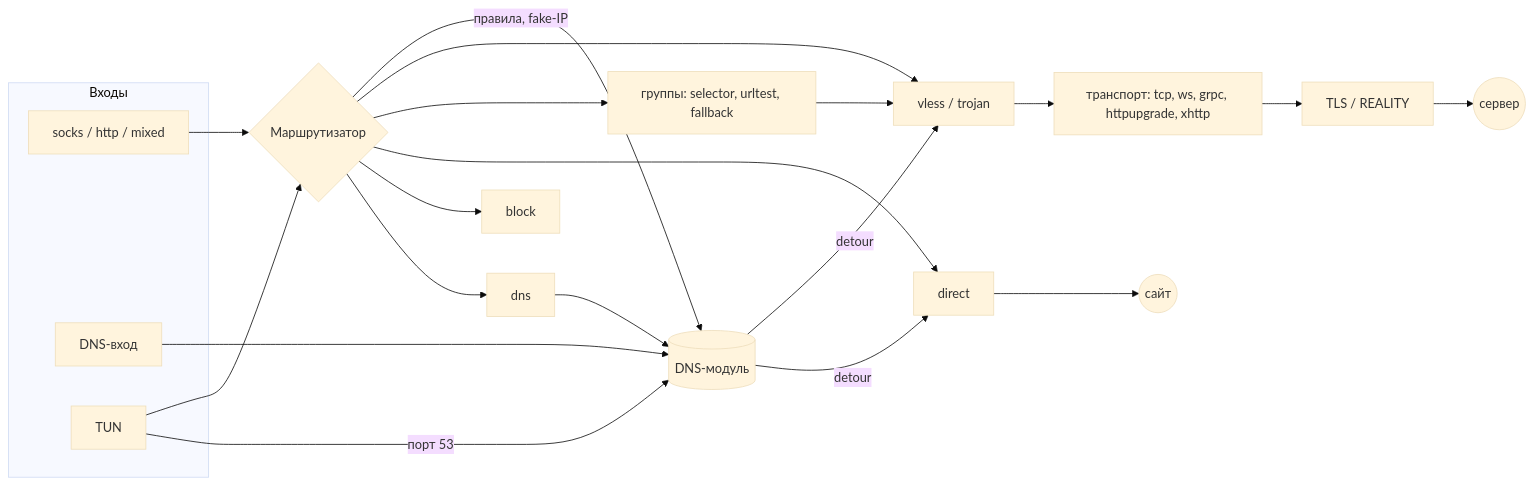
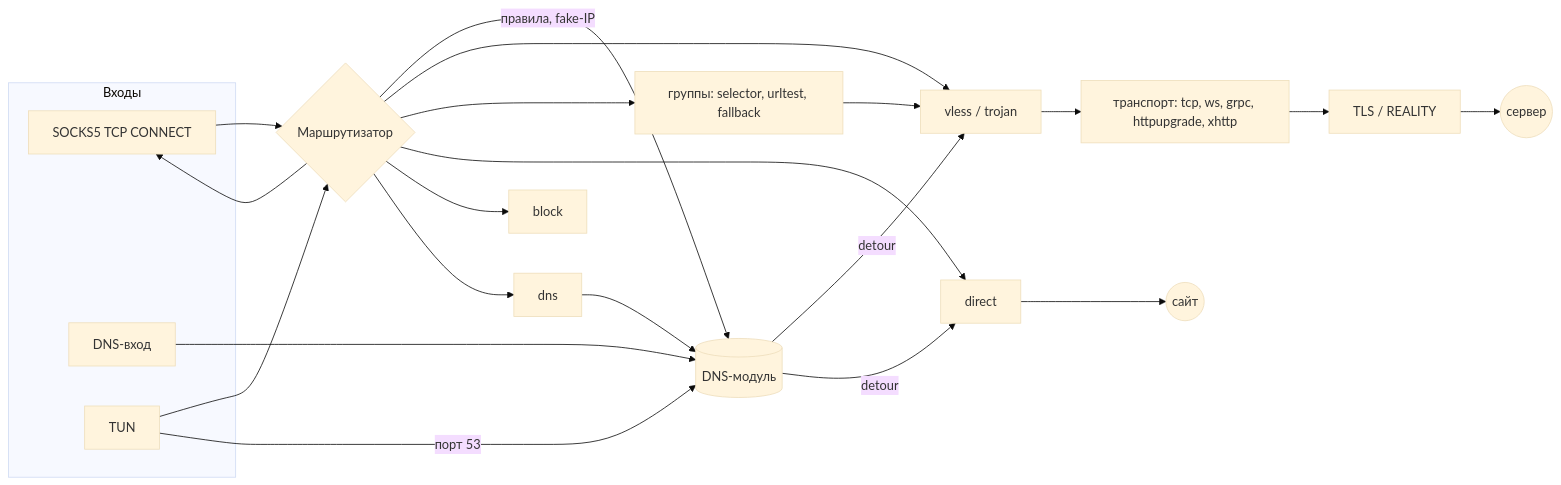
Before and after one commit to ERGFT/vpn-core: the diagram in docs/ARCHITECTURE.md, drawn with Mermaid (base theme). The commit also changed other lines of this file and 14 other files, not shown here.

First line of the commit message:
feat: добавить SOCKS5 TCP outbound (#51)

````diff
--- a/docs/ARCHITECTURE.md
+++ b/docs/ARCHITECTURE.md
@@ -110,26 +110,27 @@
 ```mermaid
 flowchart LR
   subgraph Входы
     S[socks / http / mixed]
     D[DNS-вход]
     T[TUN]
   end
   S --> R{Маршрутизатор}
   T --> R
   D --> DNS[(DNS-модуль)]
   T -- порт 53 --> DNS
   R -- правила, fake-IP --> DNS
   R --> V[vless / trojan]
+  R --> S[SOCKS5 TCP CONNECT]
   R --> G[группы: selector, urltest, fallback]
   G --> V
   R --> DIR[direct]
   R --> B[block]
   R --> DO[dns]
   DO --> DNS
   DNS -- detour --> V
   DNS -- detour --> DIR
   V --> TR[транспорт: tcp, ws, grpc, httpupgrade, xhttp]
   TR --> SEC[TLS / REALITY]
   SEC --> NET((сервер))
   DIR --> NET2((сайт))
 ```
````
